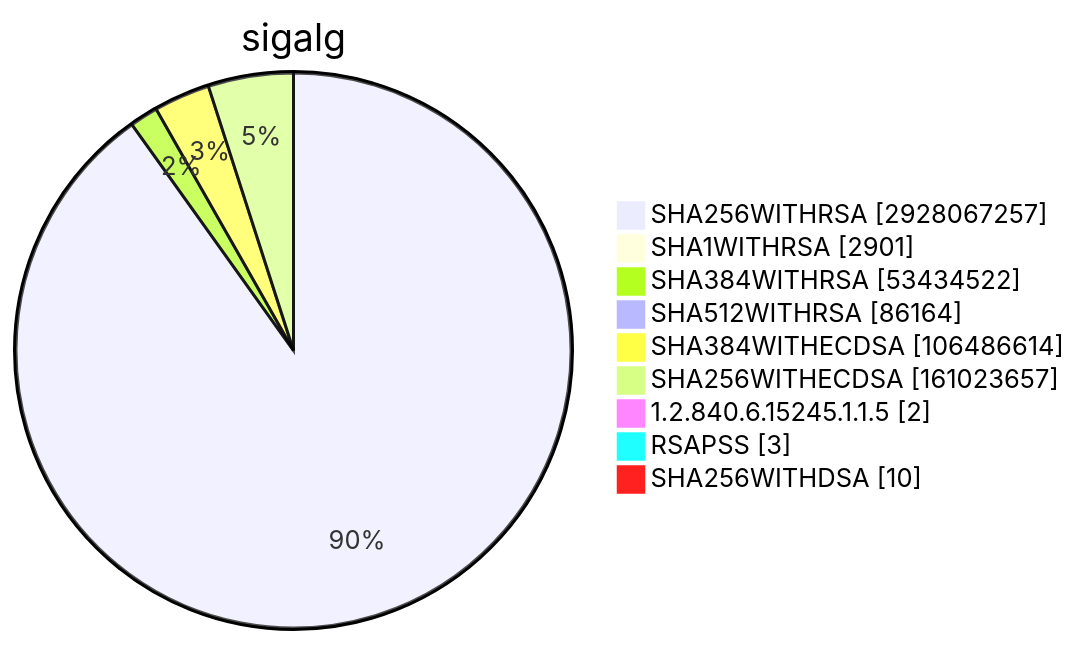
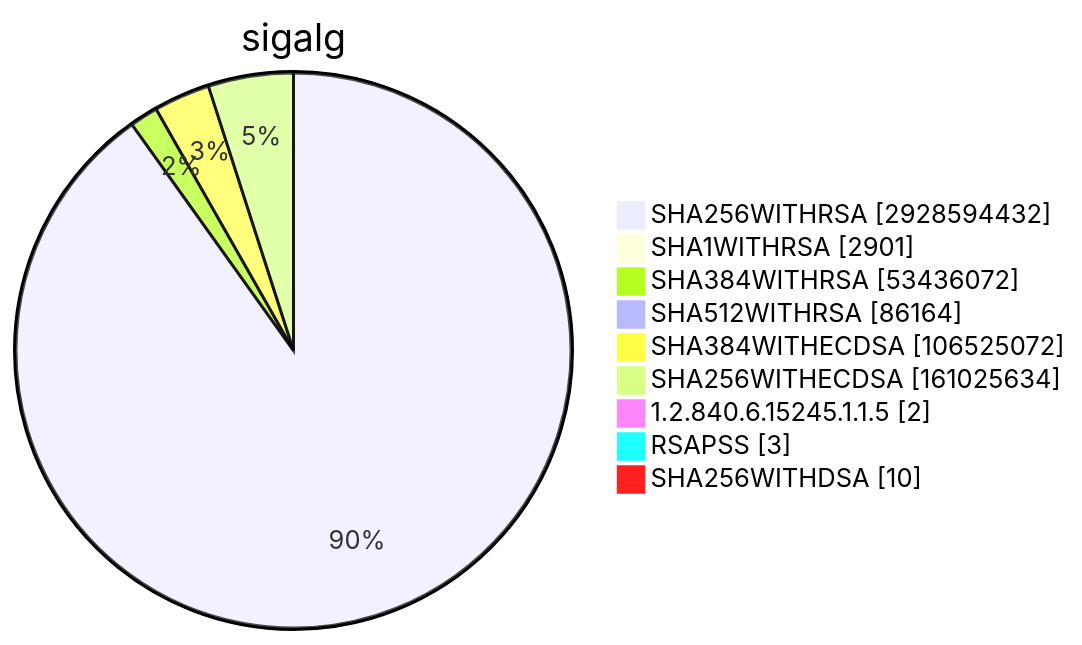
Before and after one commit to christiankrug/ctmonitor_visualization: diagram 15 of 15 in TOTAL/README.md, drawn with Mermaid. The commit also changed other lines of this file, not shown here.

````diff
--- a/TOTAL/README.md
+++ b/TOTAL/README.md
@@ -6207,13 +6207,13 @@
 ```mermaid
 pie showData
 title sigalg
-"SHA256WITHRSA" :2928067257
+"SHA256WITHRSA" :2928594432
 "SHA1WITHRSA" :2901
-"SHA384WITHRSA" :53434522
+"SHA384WITHRSA" :53436072
 "SHA512WITHRSA" :86164
-"SHA384WITHECDSA" :106486614
-"SHA256WITHECDSA" :161023657
+"SHA384WITHECDSA" :106525072
+"SHA256WITHECDSA" :161025634
 "1.2.840.6.15245.1.1.5" :2
 "RSAPSS" :3
 "SHA256WITHDSA" :10
 ```
````
